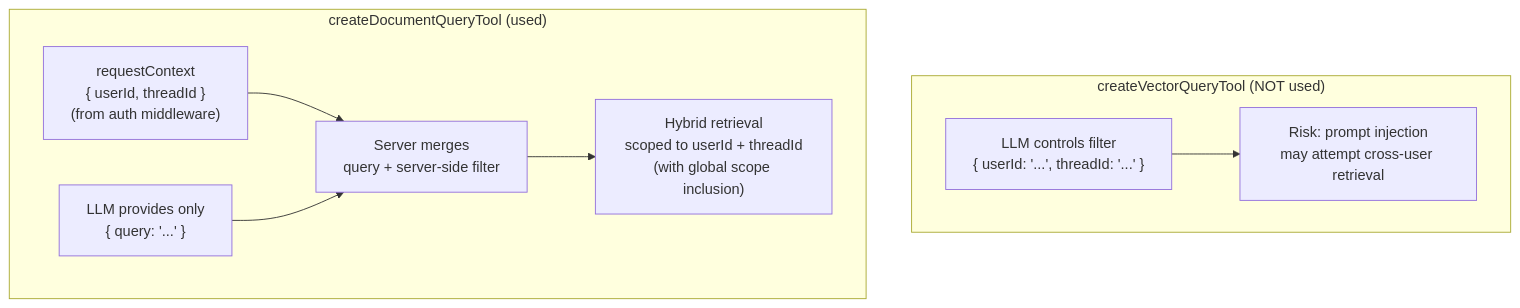
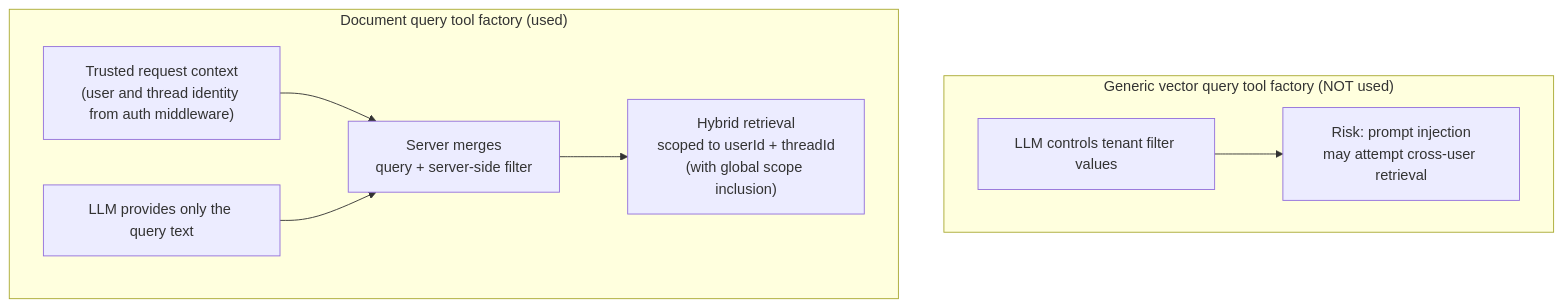
The eighth of 29 diagrams in plan/09-retrieval.md (1qh/safeagent), drawn with Mermaid before and after one commit. The commit also changed other lines of this file and 18 other files, not shown here.

````diff
--- a/plan/09-retrieval.md
+++ b/plan/09-retrieval.md
@@ -328,18 +328,18 @@
 ```mermaid
 flowchart TD
-    subgraph UNSAFE_PATTERN["createVectorQueryTool (NOT used)"]
-        MODEL_FILTER["LLM controls filter\n{ userId: '...', threadId: '...' }"]
+    subgraph UNSAFE_PATTERN["Generic vector query tool factory (NOT used)"]
+        MODEL_FILTER["LLM controls tenant filter values"]
         FILTER_RISK["Risk: prompt injection\nmay attempt cross-user retrieval"]
         MODEL_FILTER --> FILTER_RISK
     end
 
-    subgraph SAFE_PATTERN["createDocumentQueryTool (used)"]
-        REQUEST_CONTEXT["requestContext\n{ userId, threadId }\n(from auth middleware)"]
-        MODEL_QUERY["LLM provides only\n{ query: '...' }"]
+    subgraph SAFE_PATTERN["Document query tool factory (used)"]
+        REQUEST_CONTEXT["Trusted request context\n(user and thread identity from auth middleware)"]
+        MODEL_QUERY["LLM provides only the query text"]
         SERVER_MERGE["Server merges\nquery + server-side filter"]
         SCOPED_RETRIEVAL["Hybrid retrieval\nscoped to userId + threadId\n(with global scope inclusion)"]
         REQUEST_CONTEXT --> SERVER_MERGE
         MODEL_QUERY --> SERVER_MERGE
         SERVER_MERGE --> SCOPED_RETRIEVAL
     end
 ```
````
